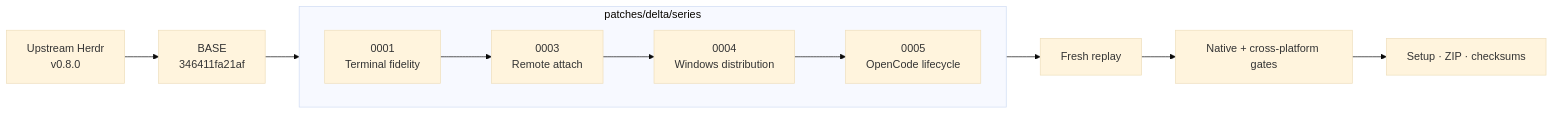
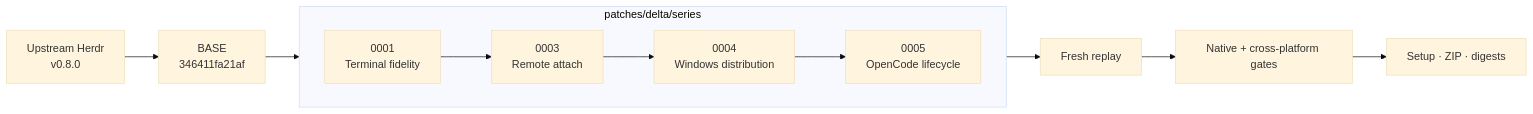
The diagram in docs/next/README.md (User-3090/herdr-win), drawn with Mermaid (base theme) before and after one commit. The commit also changed other lines of this file and 12 other files, not shown here.

````diff
--- a/docs/next/README.md
+++ b/docs/next/README.md
@@ -45,16 +45,16 @@
 ```mermaid
 flowchart LR
     U["Upstream Herdr<br/>v0.8.0"] --> B["BASE<br/>346411fa21af"]
 
     subgraph Q["patches/delta/series"]
         direction LR
         P1["0001<br/>Terminal fidelity"] --> P3["0003<br/>Remote attach"]
         P3 --> P4["0004<br/>Windows distribution"]
         P4 --> P5["0005<br/>OpenCode lifecycle"]
     end
 
     B --> P1
     P5 --> R["Fresh replay"]
     R --> G["Native + cross-platform gates"]
-    G --> A["Setup · ZIP · checksums"]
+    G --> A["Setup · ZIP · digests"]
 ```
````
